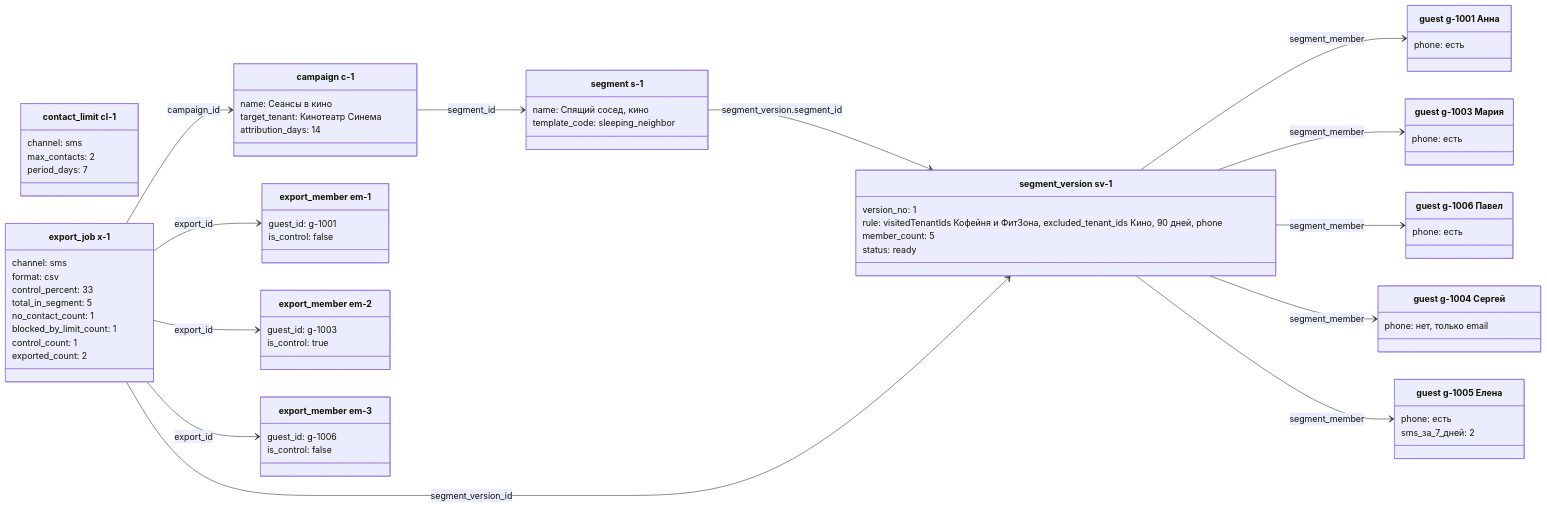
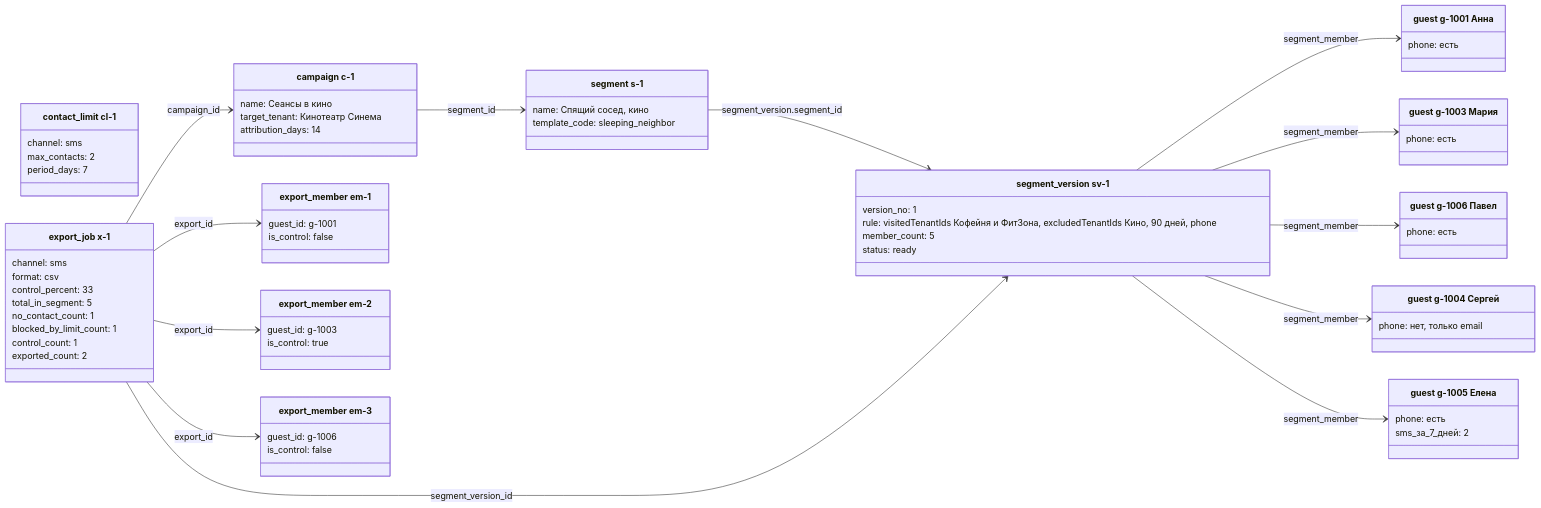
The fourth of 5 diagrams in docs/design/06-object-diagrams.md (MangriMen/UCRP), drawn with Mermaid before and after one commit. The commit also changed other lines of this file and 195 other files, not shown here.

````diff
--- a/docs/design/06-object-diagrams.md
+++ b/docs/design/06-object-diagrams.md
@@ -196,74 +196,74 @@
 ```mermaid
 classDiagram
   direction LR
   class s1["segment s-1"] {
     name: Спящий сосед, кино
     template_code: sleeping_neighbor
   }
   class sv1["segment_version sv-1"] {
     version_no: 1
-    rule: visitedTenantIds Кофейня и ФитЗона, excluded_tenant_ids Кино, 90 дней, phone
+    rule: visitedTenantIds Кофейня и ФитЗона, excludedTenantIds Кино, 90 дней, phone
     member_count: 5
     status: ready
   }
   class camp["campaign c-1"] {
     name: Сеансы в кино
     target_tenant: Кинотеатр Синема
     attribution_days: 14
   }
   class lim["contact_limit cl-1"] {
     channel: sms
     max_contacts: 2
     period_days: 7
   }
   class x1["export_job x-1"] {
     channel: sms
     format: csv
     control_percent: 33
     total_in_segment: 5
     no_contact_count: 1
     blocked_by_limit_count: 1
     control_count: 1
     exported_count: 2
   }
   class g1["guest g-1001 Анна"] {
     phone: есть
   }
   class g3["guest g-1003 Мария"] {
     phone: есть
   }
   class g6["guest g-1006 Павел"] {
     phone: есть
   }
   class g4["guest g-1004 Сергей"] {
     phone: нет, только email
   }
   class g5["guest g-1005 Елена"] {
     phone: есть
     sms_за_7_дней: 2
   }
   class em1["export_member em-1"] {
     guest_id: g-1001
     is_control: false
   }
   class em2["export_member em-2"] {
     guest_id: g-1003
     is_control: true
   }
   class em3["export_member em-3"] {
     guest_id: g-1006
     is_control: false
   }
   s1 --> sv1 : segment_version.segment_id
   camp --> s1 : segment_id
   x1 --> sv1 : segment_version_id
   x1 --> camp : campaign_id
   sv1 --> g1 : segment_member
   sv1 --> g3 : segment_member
   sv1 --> g6 : segment_member
   sv1 --> g4 : segment_member
   sv1 --> g5 : segment_member
   x1 --> em1 : export_id
   x1 --> em2 : export_id
   x1 --> em3 : export_id
 ```
````
